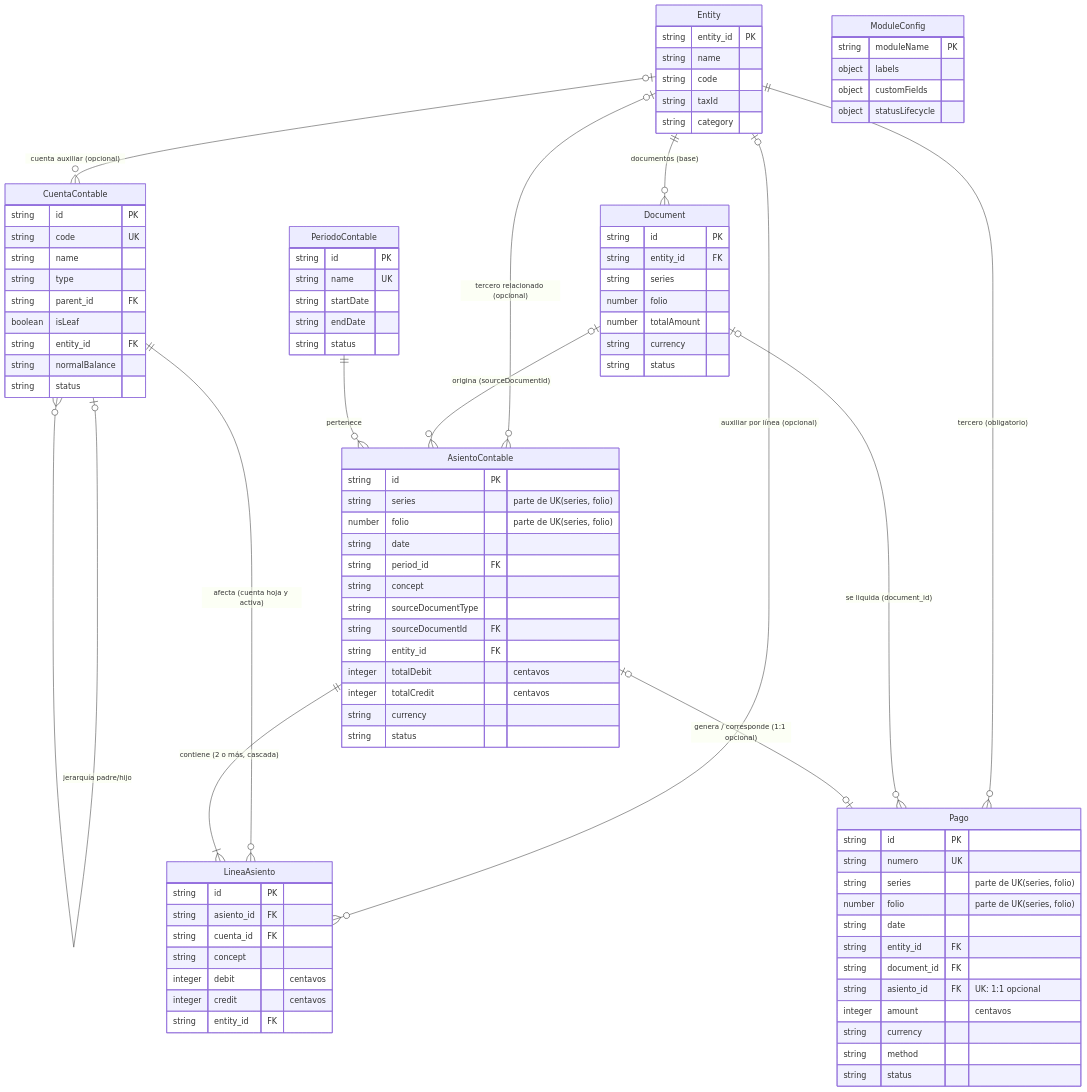
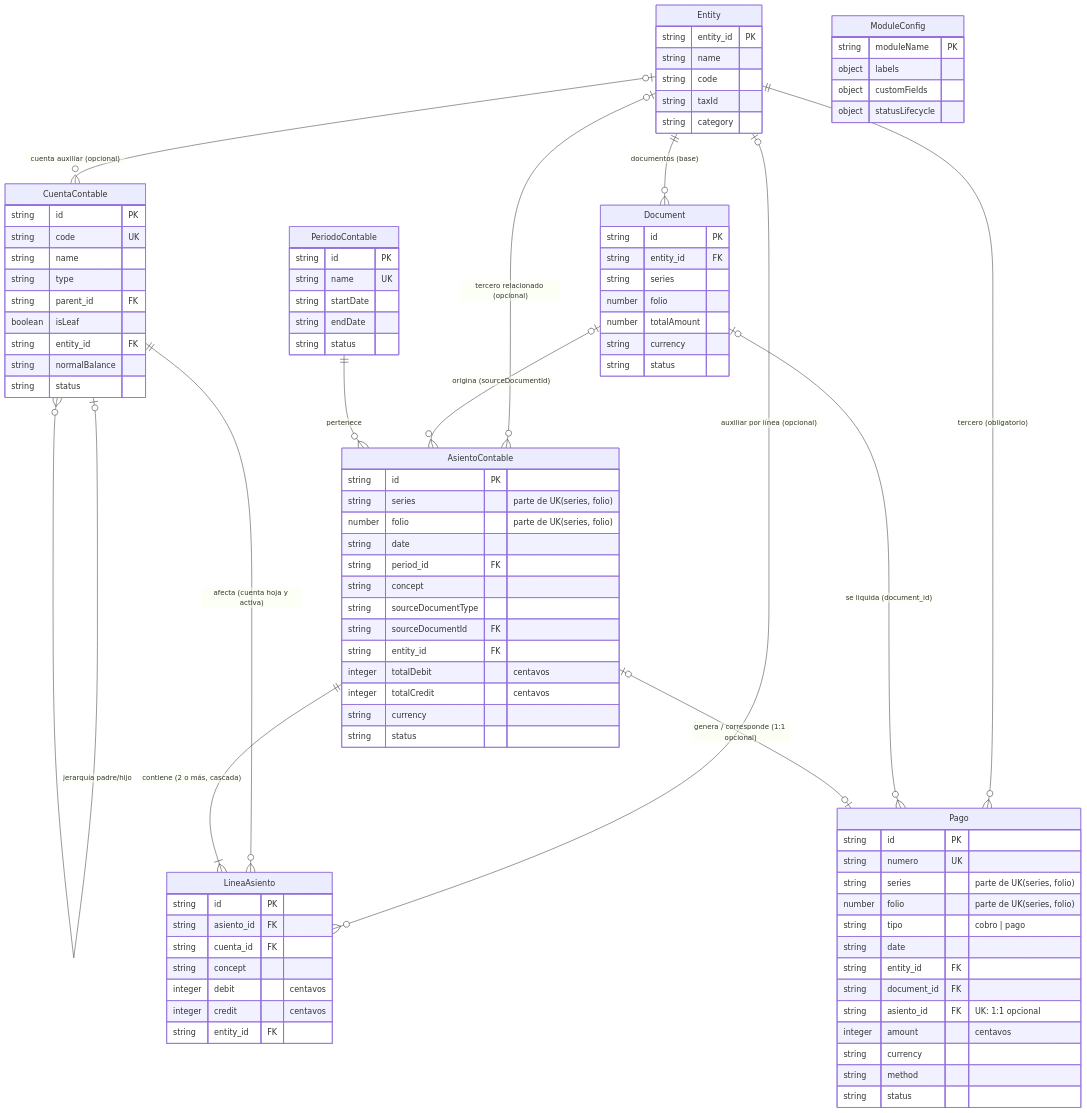
Before and after one commit to MDS-BI/Grupo-17: the diagram in specs/002-contabilidad-finanzas/er-diagram.md, drawn with Mermaid. The commit also changed 54 other files, not shown here.

```diff
--- a/specs/002-contabilidad-finanzas/er-diagram.md
+++ b/specs/002-contabilidad-finanzas/er-diagram.md
@@ -161,6 +161,7 @@
         string numero UK
         string series "parte de UK(series, folio)"
         number folio "parte de UK(series, folio)"
+        string tipo "cobro | pago"
         string date
         string entity_id FK
         string document_id FK
```
